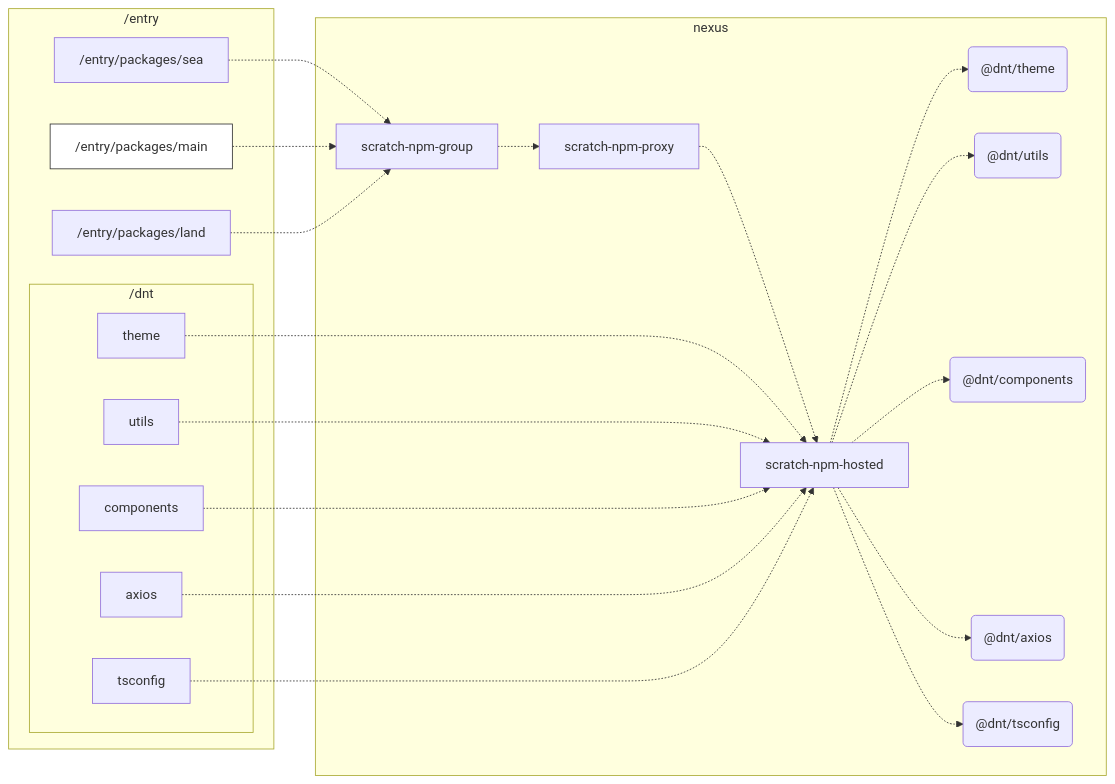
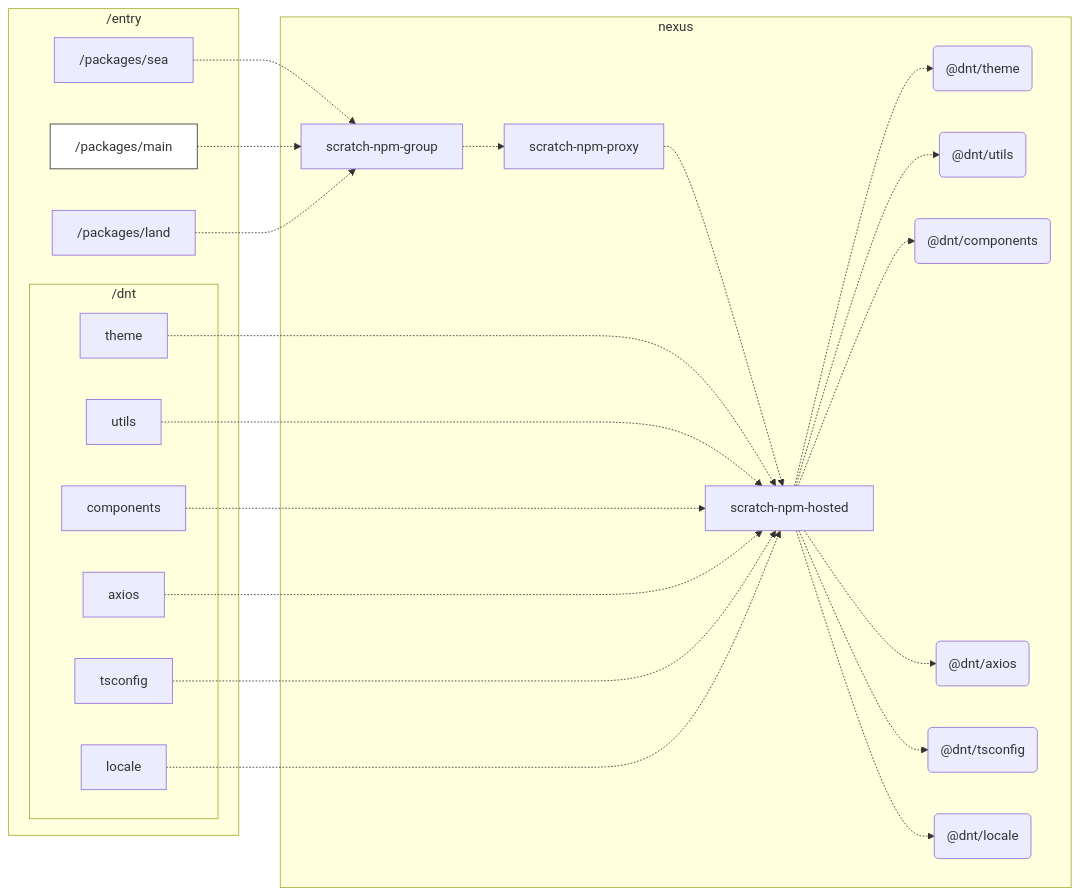
One commit to xuyanzhuqing/micro-qiankun changed the first of 2 diagrams in readme.md. Above: the diagram before and after it, drawn with Mermaid. The commit also changed other lines of this file, not shown here.

````diff
--- a/readme.md
+++ b/readme.md
@@ -2,31 +2,34 @@
 ```mermaid
 flowchart LR
     subgraph nexus
     npm_theme(&#64dnt/theme)
     npm_utils(&#64dnt/utils)
     npm_components(&#64dnt/components)
     npm_axios(&#64dnt/axios)
     npm_tsconfig(&#64dnt/tsconfig)
+    npm_locale(&#64dnt/locale)
     scratch-npm-group-.->scratch-npm-proxy
     scratch-npm-proxy-.->scratch-npm-hosted
     scratch-npm-hosted-.->npm_theme
     scratch-npm-hosted-.->npm_utils
     scratch-npm-hosted-.->npm_components
     scratch-npm-hosted-.->npm_axios
     scratch-npm-hosted-.->npm_tsconfig
+    scratch-npm-hosted-.->npm_locale
     end
 
     subgraph /entry
-    /entry/packages/sea-.->scratch-npm-group
-    /entry/packages/main-.->scratch-npm-group
-    /entry/packages/land-.->scratch-npm-group
-    style /entry/packages/main fill:#fff,stroke:#333,stroke-width:1px
+    /packages/sea-.->scratch-npm-group
+    /packages/main-.->scratch-npm-group
+    /packages/land-.->scratch-npm-group
+    style /packages/main fill:#fff,stroke:#333,stroke-width:1px
         subgraph /dnt
         theme-.->scratch-npm-hosted
         utils-.->scratch-npm-hosted
         components-.->scratch-npm-hosted
         axios-.->scratch-npm-hosted
         tsconfig-.->scratch-npm-hosted
+        locale-.->scratch-npm-hosted
         end
     end
 ```
````
